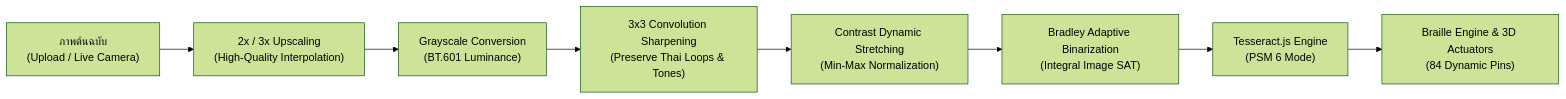
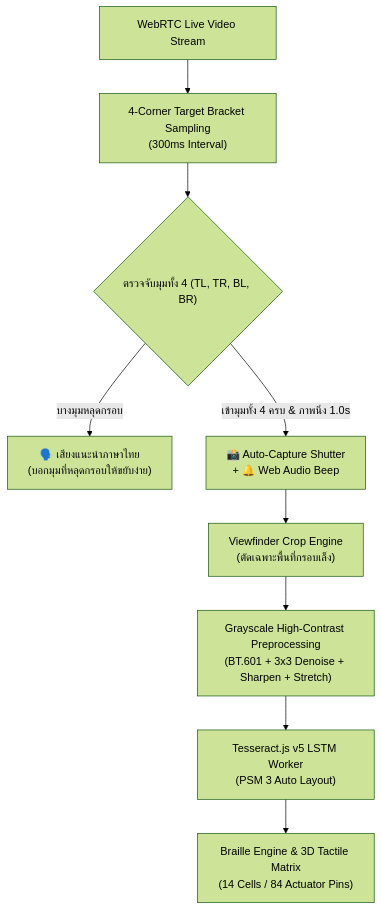
The diagram in README.md (chokunkie/braillend), drawn with Mermaid (forest theme) before and after one commit. The commit also changed other lines of this file and 6 other files, not shown here.

````diff
--- a/README.md
+++ b/README.md
@@ -54,10 +62,11 @@
 ```mermaid
-graph LR
-    InputImg["ภาพต้นฉบับ\n(Upload / Live Camera)"] --> Scale["2x / 3x Upscaling\n(High-Quality Interpolation)"]
-    Scale --> Gray["Grayscale Conversion\n(BT.601 Luminance)"]
-    Gray --> Sharp["3x3 Convolution Sharpening\n(Preserve Thai Loops & Tones)"]
-    Sharp --> Contrast["Contrast Dynamic Stretching\n(Min-Max Normalization)"]
-    Contrast --> Bradley["Bradley Adaptive Binarization\n(Integral Image SAT)"]
-    Bradley --> Tesseract["Tesseract.js Engine\n(PSM 6 Mode)"]
-    Tesseract --> Braille["Braille Engine & 3D Actuators\n(84 Dynamic Pins)"]
+graph TD
+    LiveCam["WebRTC Live Video Stream"] --> Viewfinder["4-Corner Target Bracket Sampling\n(300ms Interval)"]
+    Viewfinder --> CornerLock{"ตรวจจับมุมทั้ง 4 (TL, TR, BL, BR)"}
+    CornerLock -- "บางมุมหลุดกรอบ" --> VoiceGuide["🗣️ เสียงแนะนำภาษาไทย\n(บอกมุมที่หลุดกรอบให้ขยับง่าย)"]
+    CornerLock -- "เข้ามุมทั้ง 4 ครบ & ภาพนิ่ง 1.0s" --> AutoShutter["📸 Auto-Capture Shutter\n+ 🔔 Web Audio Beep"]
+    AutoShutter --> Crop["Viewfinder Crop Engine\n(ตัดเฉพาะพื้นที่กรอบเล็ง)"]
+    Crop --> Preprocess["Grayscale High-Contrast Preprocessing\n(BT.601 + 3x3 Denoise + Sharpen + Stretch)"]
+    Preprocess --> Tesseract["Tesseract.js v5 LSTM Worker\n(PSM 3 Auto Layout)"]
+    Tesseract --> Braille["Braille Engine & 3D Tactile Matrix\n(14 Cells / 84 Actuator Pins)"]
 ```
````
